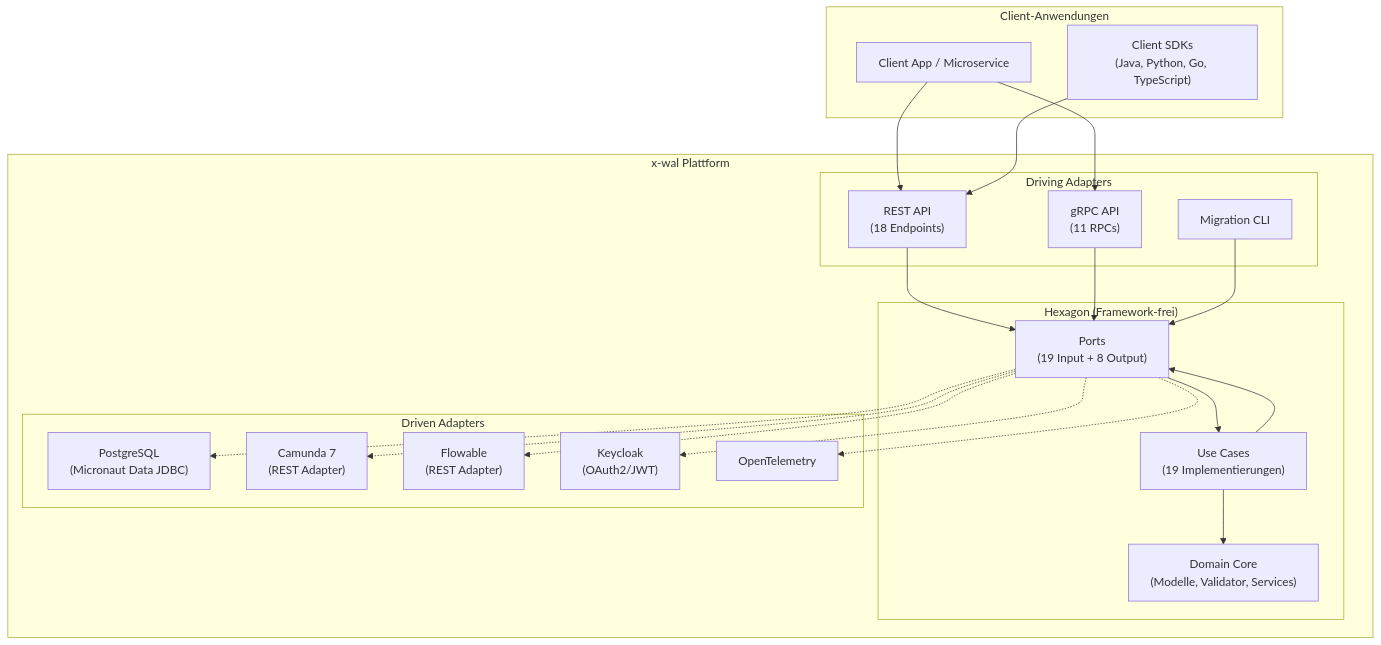
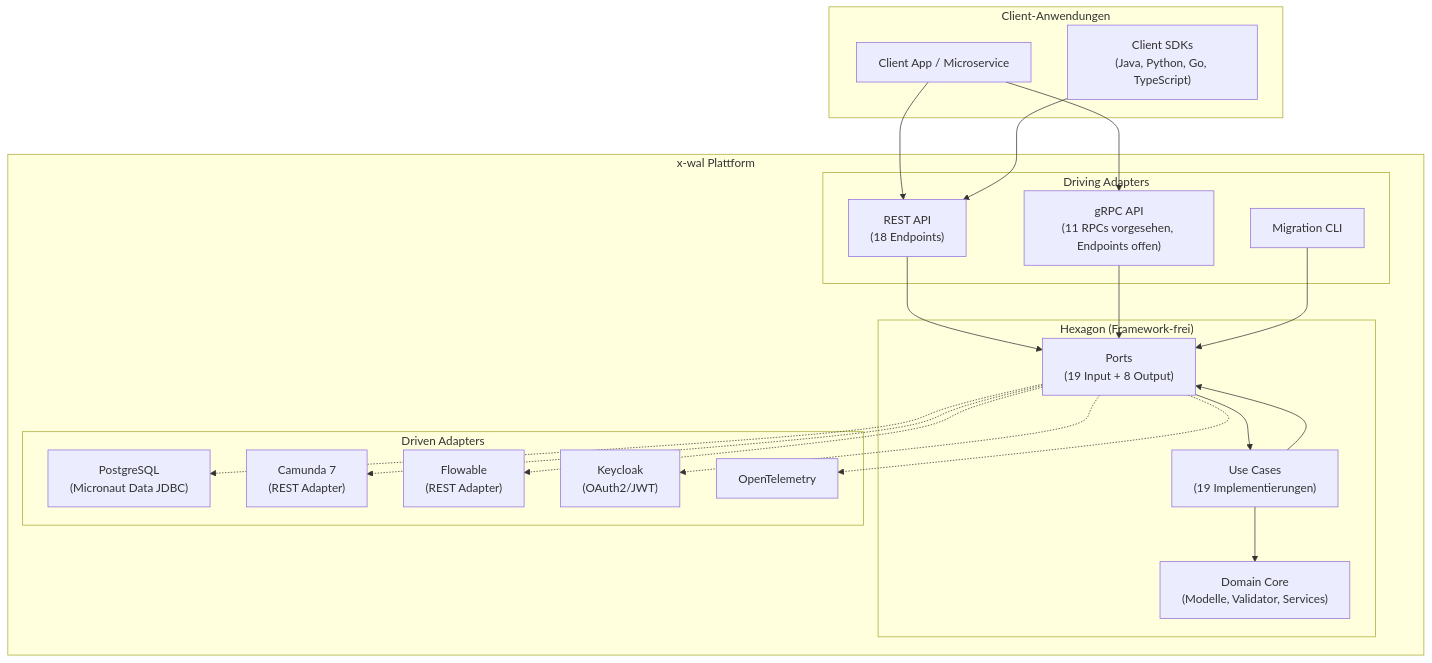
Before and after one commit to pt9912/x-wal: the first of 2 diagrams in docs/Architecture.md, drawn with Mermaid. The commit also changed other lines of this file and 5 other files, not shown here.

````diff
--- a/docs/Architecture.md
+++ b/docs/Architecture.md
@@ -13,47 +20,47 @@
 ```mermaid
 graph TD
     subgraph "Client-Anwendungen"
         A["Client App / Microservice"]
         SDK["Client SDKs<br/>(Java, Python, Go, TypeScript)"]
     end
 
     subgraph "x-wal Plattform"
         subgraph "Driving Adapters"
             REST["REST API<br/>(18 Endpoints)"]
-            GRPC["gRPC API<br/>(11 RPCs)"]
+            GRPC["gRPC API<br/>(11 RPCs vorgesehen, Endpoints offen)"]
             CLI["Migration CLI"]
         end
 
         subgraph "Hexagon (Framework-frei)"
             PORTS["Ports<br/>(19 Input + 8 Output)"]
             USECASES["Use Cases<br/>(19 Implementierungen)"]
             DOMAIN["Domain Core<br/>(Modelle, Validator, Services)"]
         end
 
         subgraph "Driven Adapters"
             DB["PostgreSQL<br/>(Micronaut Data JDBC)"]
             CAM7["Camunda 7<br/>(REST Adapter)"]
             FLOW["Flowable<br/>(REST Adapter)"]
             KC["Keycloak<br/>(OAuth2/JWT)"]
             OTEL["OpenTelemetry"]
         end
     end
 
     A --> REST
     SDK --> REST
     A --> GRPC
 
     REST --> PORTS
     GRPC --> PORTS
     CLI --> PORTS
 
     PORTS --> USECASES
     USECASES --> DOMAIN
     USECASES --> PORTS
 
     PORTS -.-> DB
     PORTS -.-> CAM7
     PORTS -.-> FLOW
     PORTS -.-> KC
     PORTS -.-> OTEL
 ```
````
